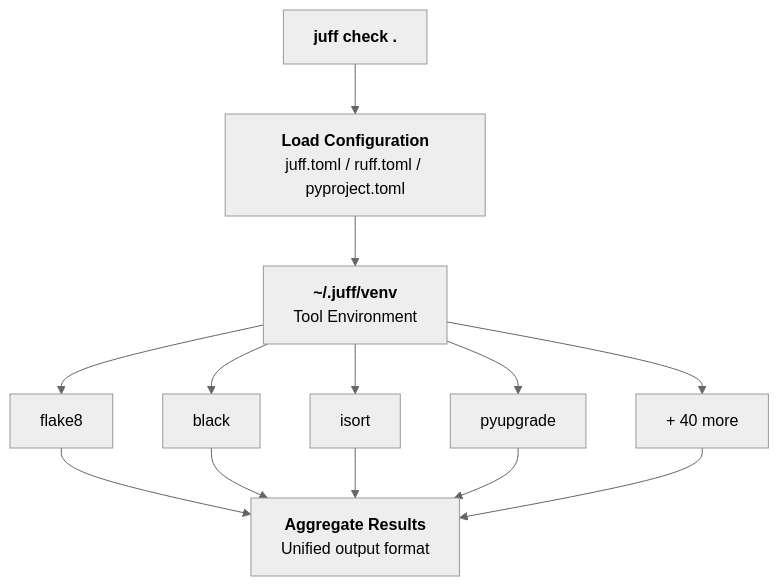
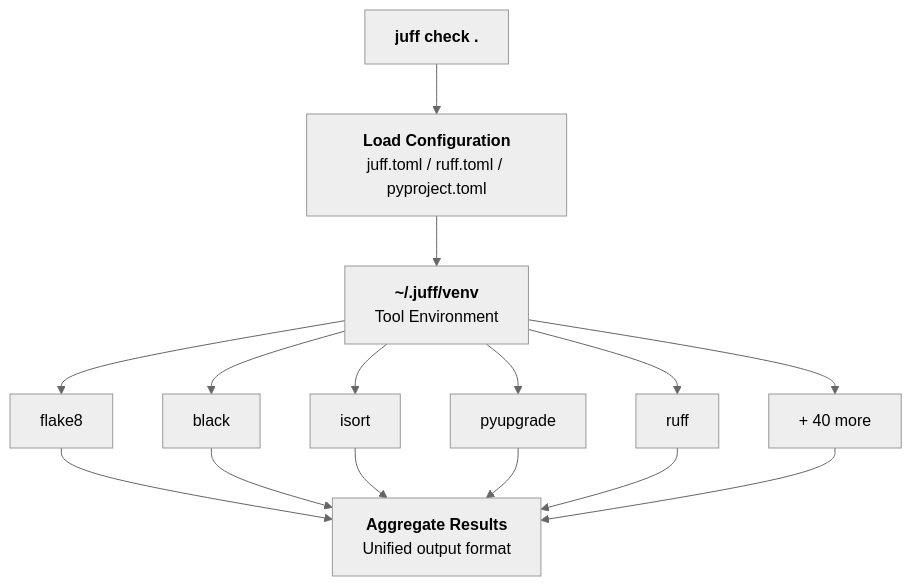
Before and after one commit to marsninja/juff: the diagram in README.md, drawn with Mermaid (neutral theme). The commit also changed other lines of this file and 4 other files, not shown here.

````diff
--- a/README.md
+++ b/README.md
@@ -516,20 +528,21 @@
 ```mermaid
 flowchart TD
     A["`**juff check .**`"]
     B["`**Load Configuration**
     juff.toml / ruff.toml / pyproject.toml`"]
     C["`**~/.juff/venv**
     Tool Environment`"]
     D[flake8]
     E[black]
     F[isort]
     G[pyupgrade]
-    H[+ 40 more]
-    I["`**Aggregate Results**
+    H[ruff]
+    I[+ 40 more]
+    J["`**Aggregate Results**
     Unified output format`"]
 
     A --> B
     B --> C
-    C --> D & E & F & G & H
-    D & E & F & G & H --> I
+    C --> D & E & F & G & H & I
+    D & E & F & G & H & I --> J
 ```
````
